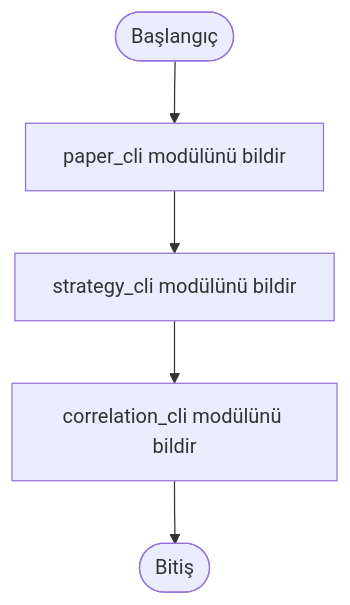
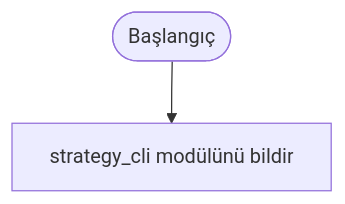
One commit to Quant-Trade-Lab-Community/cycle_finance_bot changed the diagram in docs/flowcharts/dosya-akis/core/src/cli/mod.rs.mmd. Above: the diagram before and after it, drawn with Mermaid. The commit also changed 165 other files, not shown here.

Commit message:
docs: remove deleted services' code dumps and update architecture (Bölüm 3, 2, 1); update Cargo.toml workspace; update mermaid flowcharts; remove SQLite refs

```diff
--- a/docs/flowcharts/dosya-akis/core/src/cli/mod.rs.mmd
+++ b/docs/flowcharts/dosya-akis/core/src/cli/mod.rs.mmd
@@ -1,5 +1,2 @@
 graph TD
-    A([Başlangıç]) --> B[paper_cli modülünü bildir]
-    B --> C[strategy_cli modülünü bildir]
-    C --> D[correlation_cli modülünü bildir]
-    D --> Z([Bitiş])
+    A([Başlangıç]) --> B[strategy_cli modülünü bildir]
```
